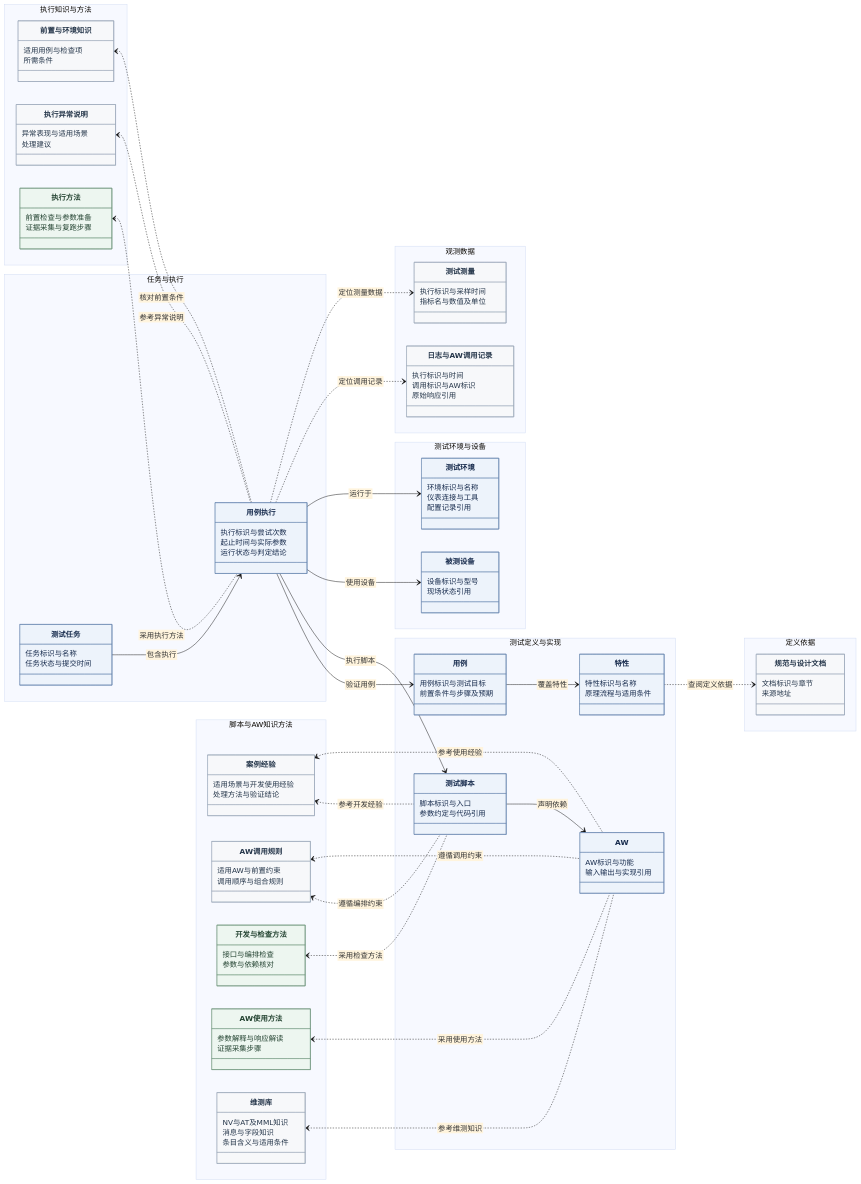
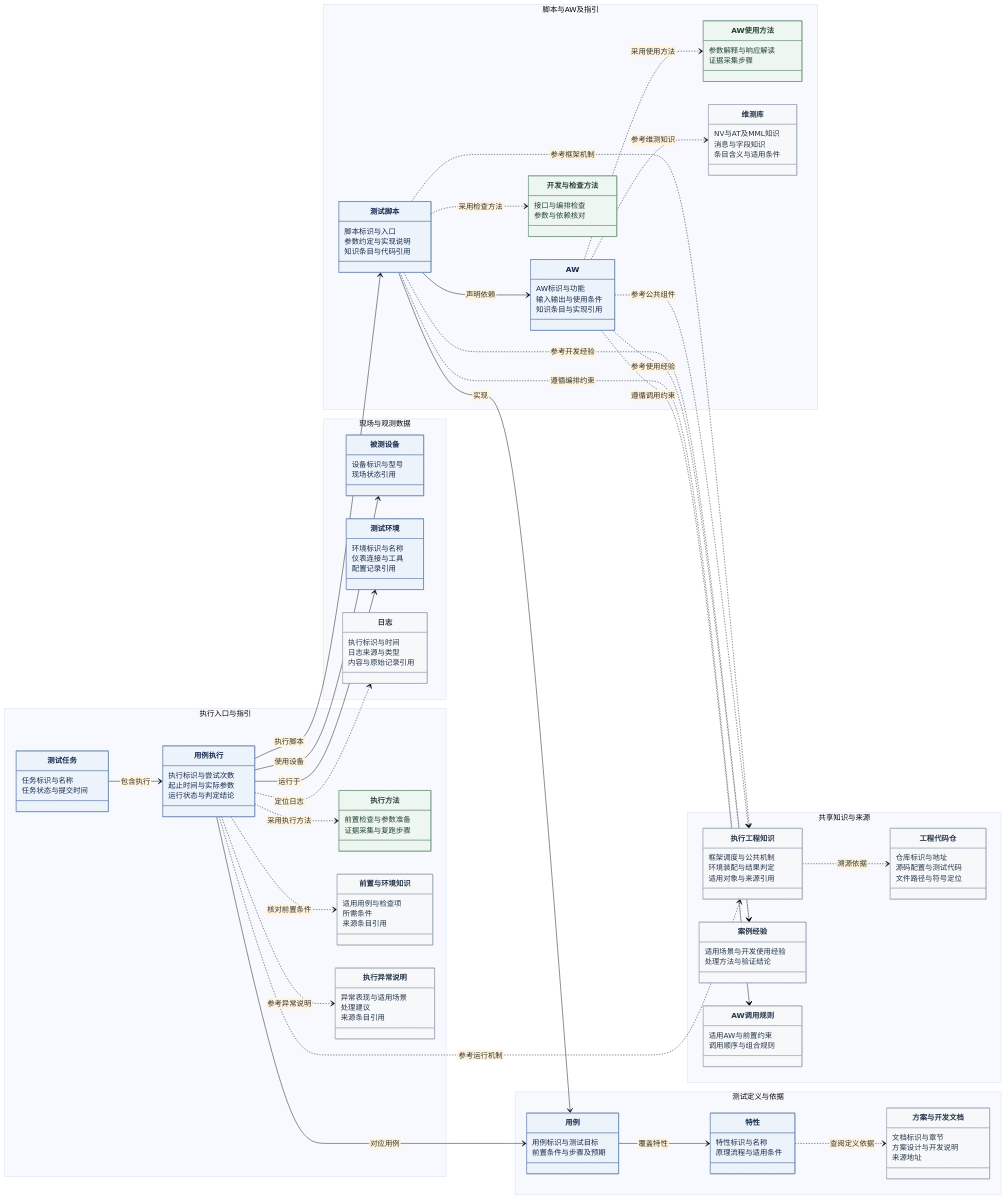
The third of 3 diagrams in doc/测试执行域.md (fuermosideyu/UnifiedModel), drawn with Mermaid before and after one commit. The commit also changed other lines of this file and 31 other files, not shown here.

````diff
--- a/doc/测试执行域.md
+++ b/doc/测试执行域.md
@@ -119,8 +150,8 @@
 ```mermaid
-%%{init: {"theme": "base", "look": "classic", "htmlLabels": false, "class": {"nodeSpacing": 35, "rankSpacing": 55}}}%%
+%%{init: {"theme": "base", "look": "classic", "htmlLabels": false, "class": {"nodeSpacing": 25, "rankSpacing": 30}}}%%
 classDiagram
 direction LR
-namespace 任务与执行 {
+namespace 执行入口与指引 {
     class Task["测试任务"] {
         任务标识与名称
         任务状态与提交时间
@@ -130,58 +161,31 @@
         起止时间与实际参数
         运行状态与判定结论
     }
-}
-namespace 测试环境与设备 {
-    class Device["被测设备"] {
-        设备标识与型号
-        现场状态引用
+    class RunMethod["执行方法"] {
+        前置检查与参数准备
+        证据采集与复跑步骤
     }
-    class Environment["测试环境"] {
-        环境标识与名称
-        仪表连接与工具
-        配置记录引用
-    }
-}
-namespace 测试定义与实现 {
-    class Case["用例"] {
-        用例标识与测试目标
-        前置条件与步骤及预期
-    }
-    class Feature["特性"] {
-        特性标识与名称
-        原理流程与适用条件
-    }
-    class Script["测试脚本"] {
-        脚本标识与入口
-        参数约定与代码引用
-    }
-    class AW["AW"] {
-        AW标识与功能
-        输入输出与实现引用
-    }
-}
-namespace 执行知识与方法 {
     class Preconditions["前置与环境知识"] {
         适用用例与检查项
         所需条件
+        来源条目引用
     }
     class ExecutionNotes["执行异常说明"] {
         异常表现与适用场景
         处理建议
-    }
-    class RunMethod["执行方法"] {
-        前置检查与参数准备
-        证据采集与复跑步骤
+        来源条目引用
     }
 }
-namespace 脚本与AW知识方法 {
-    class Experience["案例经验"] {
-        适用场景与开发使用经验
-        处理方法与验证结论
+namespace 脚本与AW及指引 {
+    class Script["测试脚本"] {
+        脚本标识与入口
+        参数约定与实现说明
+        知识条目与代码引用
     }
-    class Rules["AW调用规则"] {
-        适用AW与前置约束
-        调用顺序与组合规则
+    class AW["AW"] {
+        AW标识与功能
+        输入输出与使用条件
+        知识条目与实现引用
     }
     class ScriptMethod["开发与检查方法"] {
         接口与编排检查
@@ -197,43 +201,81 @@
         条目含义与适用条件
     }
 }
-namespace 定义依据 {
-    class Doc["规范与设计文档"] {
+namespace 测试定义与依据 {
+    class Case["用例"] {
+        用例标识与测试目标
+        前置条件与步骤及预期
+    }
+    class Feature["特性"] {
+        特性标识与名称
+        原理流程与适用条件
+    }
+    class Doc["方案与开发文档"] {
         文档标识与章节
+        方案设计与开发说明
         来源地址
     }
 }
-namespace 观测数据 {
-    class Logs["日志与AW调用记录"] {
+namespace 现场与观测数据 {
+    class Device["被测设备"] {
+        设备标识与型号
+        现场状态引用
+    }
+    class Environment["测试环境"] {
+        环境标识与名称
+        仪表连接与工具
+        配置记录引用
+    }
+    class Logs["日志"] {
         执行标识与时间
-        调用标识与AW标识
-        原始响应引用
+        日志来源与类型
+        内容与原始记录引用
     }
-    class Measurements["测试测量"] {
-        执行标识与采样时间
-        指标名与数值及单位
+}
+namespace 共享知识与来源 {
+    class Engineering["执行工程知识"] {
+        框架调度与公共机制
+        环境装配与结果判定
+        适用对象与来源引用
+    }
+    class Experience["案例经验"] {
+        适用场景与开发使用经验
+        处理方法与验证结论
+    }
+    class Rules["AW调用规则"] {
+        适用AW与前置约束
+        调用顺序与组合规则
+    }
+    class Source["工程代码仓"] {
+        仓库标识与地址
+        源码配置与测试代码
+        文件路径与符号定位
     }
 }
 Task --> Run : 包含执行
-Run --> Case : 验证用例
+Run --> Case : 对应用例
 Run --> Script : 执行脚本
 Run --> Device : 使用设备
 Run --> Environment : 运行于
 Case --> Feature : 覆盖特性
+Script --> Case : 实现
 Script --> AW : 声明依赖
-Preconditions <.. Run : 核对前置条件
-ExecutionNotes <.. Run : 参考异常说明
-RunMethod <.. Run : 采用执行方法
-Experience <.. Script : 参考开发经验
-Experience <.. AW : 参考使用经验
-Rules <.. Script : 遵循编排约束
-Rules <.. AW : 遵循调用约束
-ScriptMethod <.. Script : 采用检查方法
-AWMethod <.. AW : 采用使用方法
-Maintenance <.. AW : 参考维测知识
+Run ..> Preconditions : 核对前置条件
+Run ..> ExecutionNotes : 参考异常说明
+Run ..> RunMethod : 采用执行方法
+Script ..> Experience : 参考开发经验
+AW ..> Experience : 参考使用经验
+Script ..> Rules : 遵循编排约束
+AW ..> Rules : 遵循调用约束
+Script ..> ScriptMethod : 采用检查方法
+AW ..> AWMethod : 采用使用方法
+AW ..> Maintenance : 参考维测知识
+Run ..> Engineering : 参考运行机制
+Script ..> Engineering : 参考框架机制
+AW ..> Engineering : 参考公共组件
+Engineering ..> Source : 溯源依据
 Feature ..> Doc : 查阅定义依据
-Run ..> Logs : 定位调用记录
-Run ..> Measurements : 定位测量数据
+Run ..> Logs : 定位日志
 style Task fill:#edf3fb,stroke:#6685ad,color:#172b4d
 style Run fill:#edf3fb,stroke:#6685ad,color:#172b4d
 style Device fill:#edf3fb,stroke:#6685ad,color:#172b4d
@@ -252,5 +294,6 @@
 style Maintenance fill:#f7f8fa,stroke:#98a6b6,color:#25364a
 style Doc fill:#f7f8fa,stroke:#98a6b6,color:#25364a
 style Logs fill:#f7f8fa,stroke:#98a6b6,color:#25364a
-style Measurements fill:#f7f8fa,stroke:#98a6b6,color:#25364a
+style Engineering fill:#f7f8fa,stroke:#98a6b6,color:#25364a
+style Source fill:#f7f8fa,stroke:#98a6b6,color:#25364a
 ```
````
